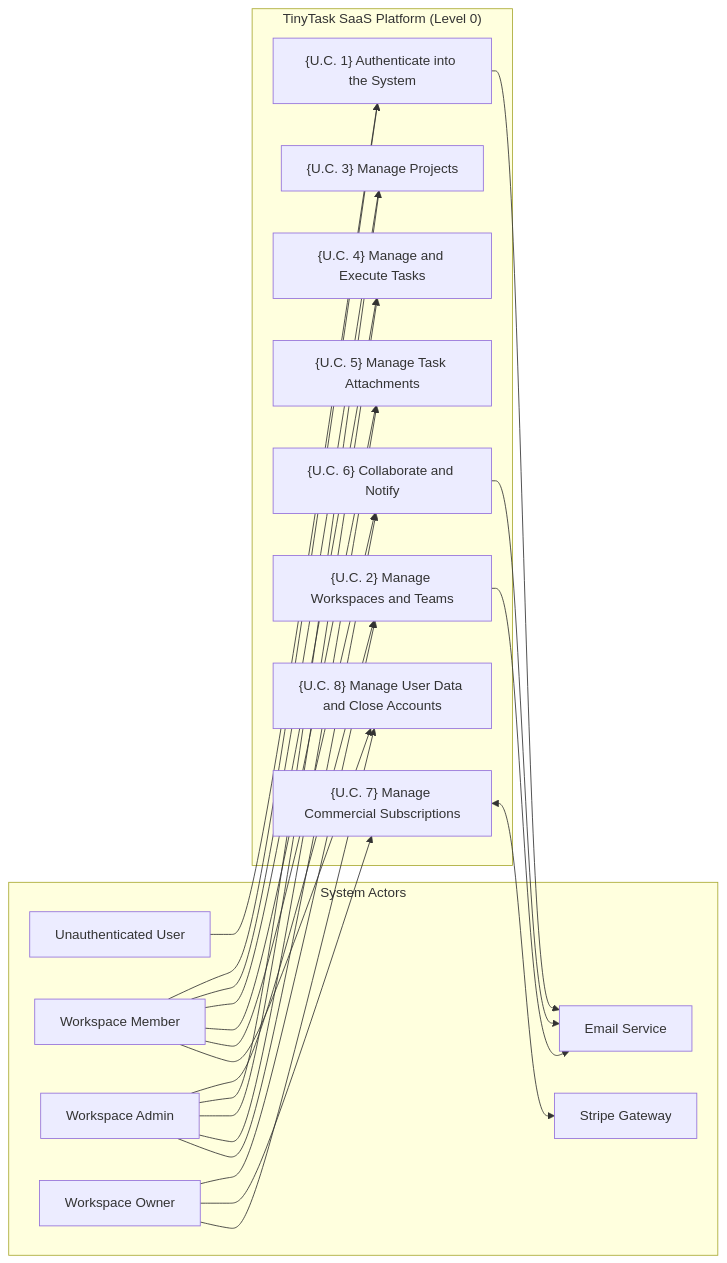
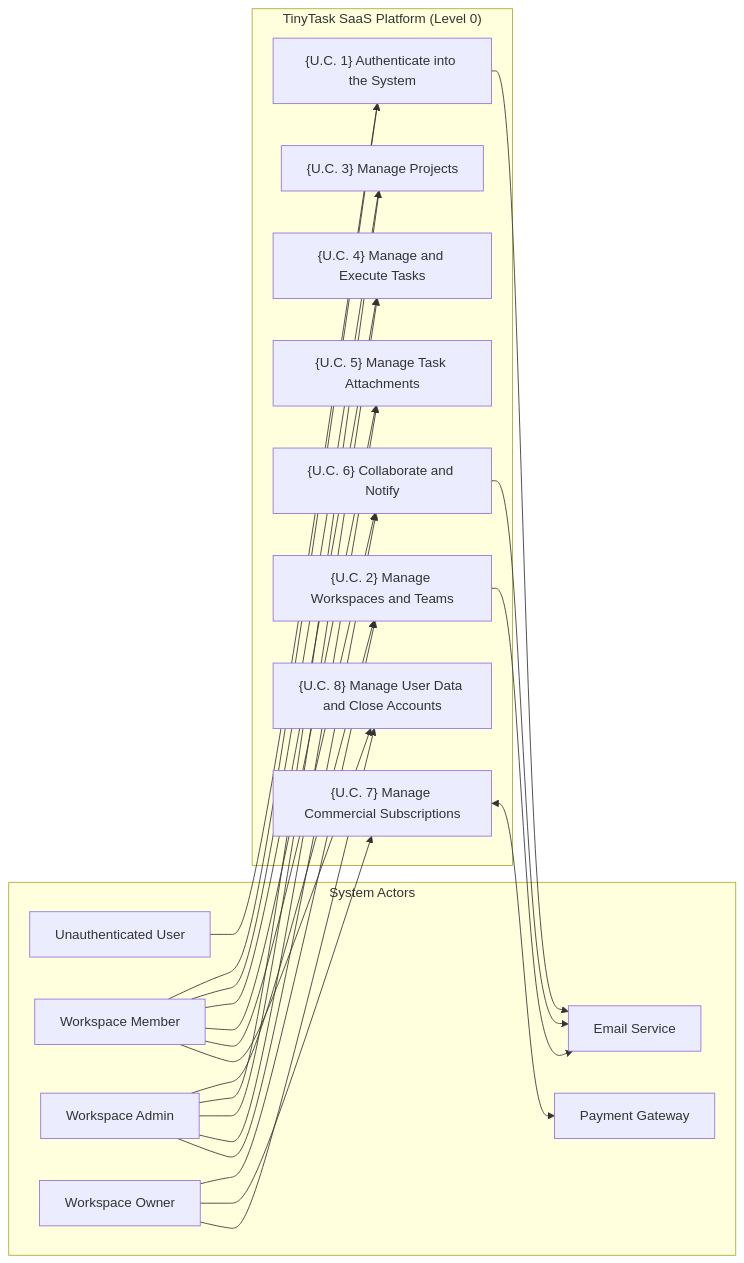
The diagram in cases/Case_01_TinyTask_SaaS/03_PHASE3_SPEC/Doc01_Requirements_Elicitation_and_PUC.md (pauloribeiro16/aegis-mvp), drawn with Mermaid before and after one commit. The commit also changed other lines of this file and 3 other files, not shown here.

````diff
--- a/cases/Case_01_TinyTask_SaaS/03_PHASE3_SPEC/Doc01_Requirements_Elicitation_and_PUC.md
+++ b/cases/Case_01_TinyTask_SaaS/03_PHASE3_SPEC/Doc01_Requirements_Elicitation_and_PUC.md
@@ -878,45 +875,45 @@
 ```mermaid
 flowchart LR
     subgraph Actors["System Actors"]
         U_Anon["Unauthenticated User"]
         U_Member["Workspace Member"]
         U_Admin["Workspace Admin"]
         U_Owner["Workspace Owner"]
-        S_Stripe["Stripe Gateway"]
+        S_Pay["Payment Gateway"]
         S_Email["Email Service"]
     end
 
     subgraph System["TinyTask SaaS Platform (Level 0)"]
         UC1["{U.C. 1} Authenticate into the System"]
         UC2["{U.C. 2} Manage Workspaces and Teams"]
         UC3["{U.C. 3} Manage Projects"]
         UC4["{U.C. 4} Manage and Execute Tasks"]
         UC5["{U.C. 5} Manage Task Attachments"]
         UC6["{U.C. 6} Collaborate and Notify"]
         UC7["{U.C. 7} Manage Commercial Subscriptions"]
         UC8["{U.C. 8} Manage User Data and Close Accounts"]
     end
 
     U_Anon --> UC1
     U_Member --> UC1
     U_Member --> UC3
     U_Member --> UC4
     U_Member --> UC5
     U_Member --> UC6
     U_Member --> UC8
 
     U_Admin --> UC2
     U_Admin --> UC3
     U_Admin --> UC4
     U_Admin --> UC5
     U_Admin --> UC6
 
     U_Owner --> UC2
     U_Owner --> UC7
     U_Owner --> UC8
 
     UC1 --> S_Email
     UC2 --> S_Email
     UC6 --> S_Email
-    UC7 <--> S_Stripe
+    UC7 <--> S_Pay
 ```
````
